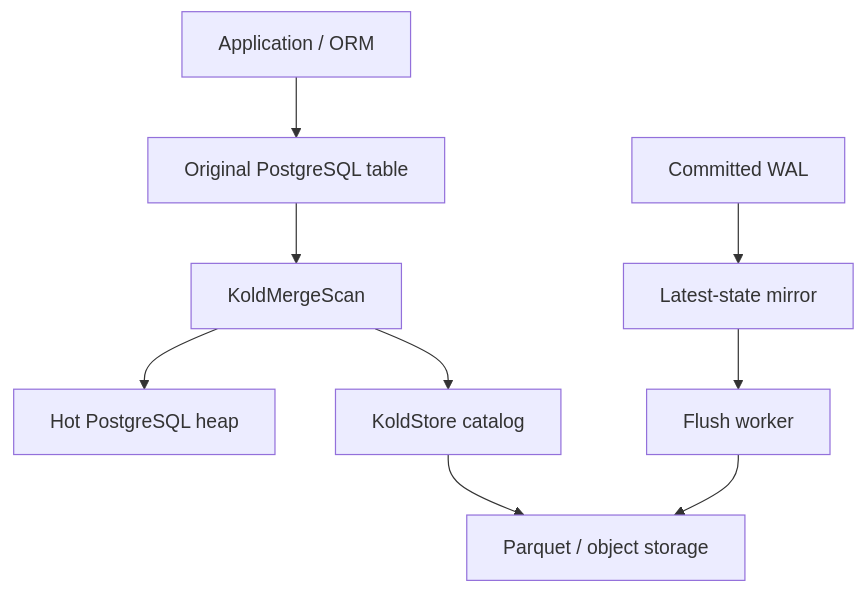
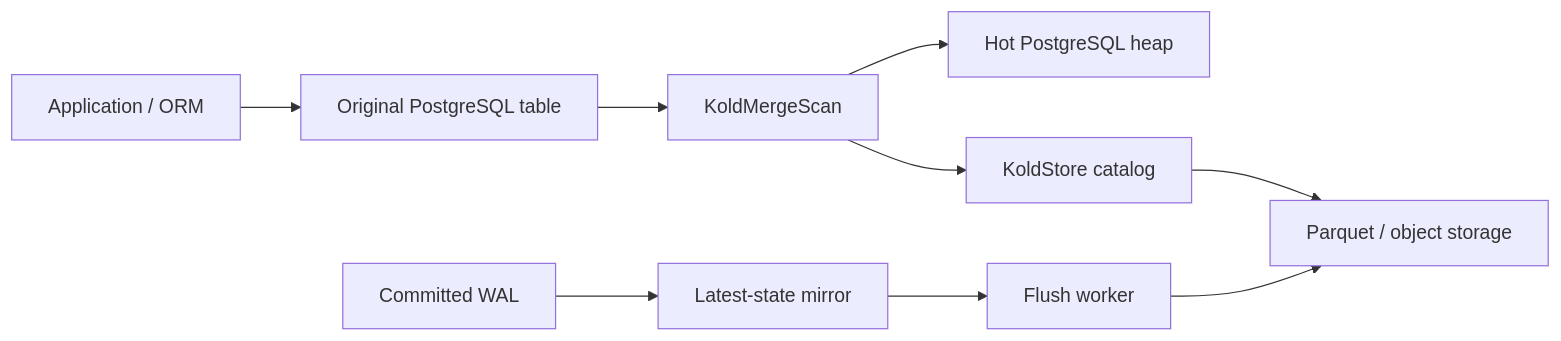
Before and after one commit to kalamdb/koldstore: the diagram in README.md, drawn with Mermaid. The commit also changed other lines of this file, not shown here.

````diff
--- a/README.md
+++ b/README.md
@@ -275,13 +212,13 @@
 ```mermaid
-flowchart TD
+flowchart LR
   App[Application / ORM] --> Table[Original PostgreSQL table]
   Table --> Scan[KoldMergeScan]
 
   Scan --> Hot[Hot PostgreSQL heap]
   Scan --> Catalog[KoldStore catalog]
   Catalog --> Cold[Parquet / object storage]
 
   WAL[Committed WAL] --> Mirror[Latest-state mirror]
   Mirror --> Flush[Flush worker]
   Flush --> Cold
 ```
````
